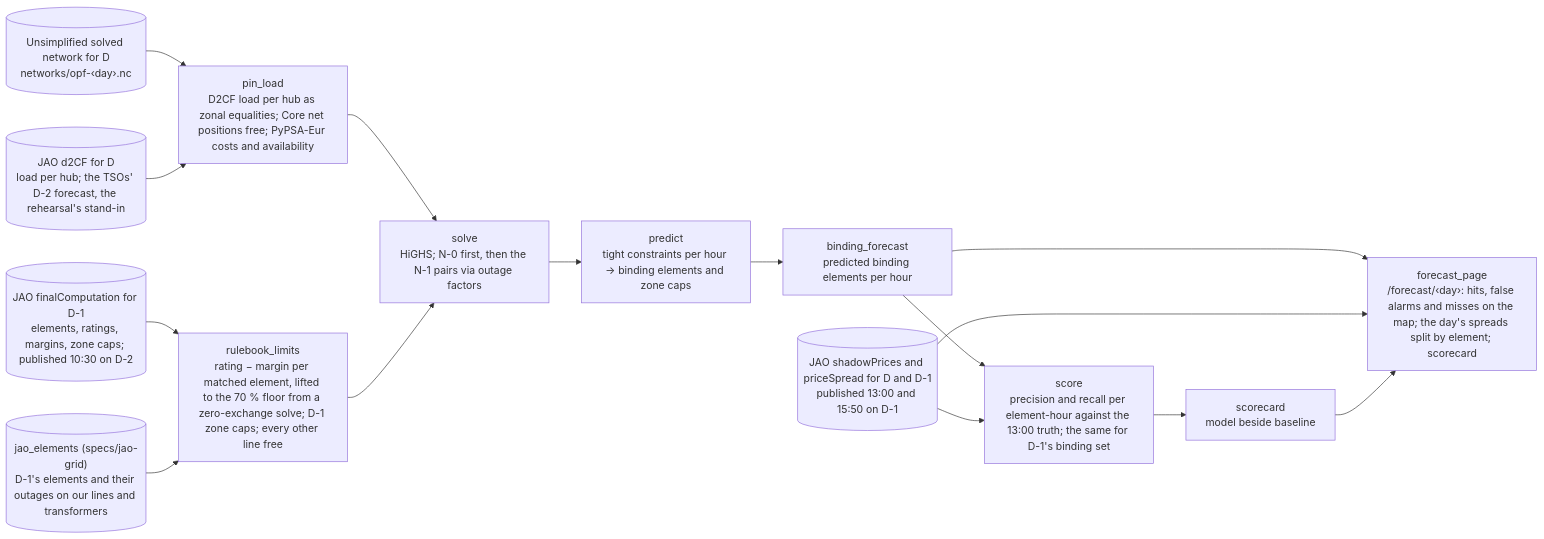
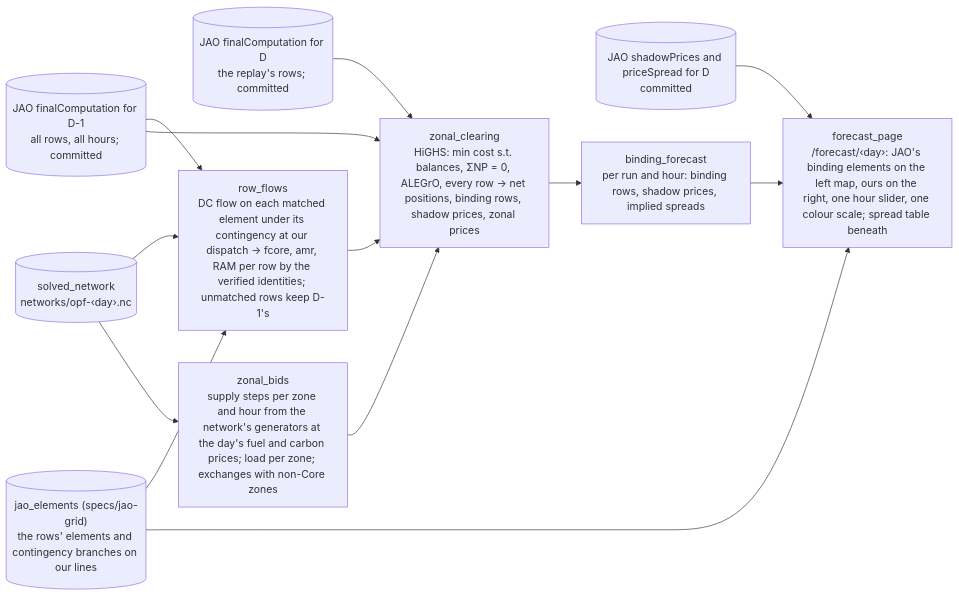
One commit to zoltanmaric/coppersushi changed the diagram in wiki/specs/core-congestion-forecast.md. Above: the diagram before and after it, drawn with Mermaid. The commit also changed other lines of this file and 6 other files, not shown here.

First line of the commit message:
Forecast spec from a clean slate: rebuild the rows, clear a zonal market, look

````diff
--- a/wiki/specs/core-congestion-forecast.md
+++ b/wiki/specs/core-congestion-forecast.md
@@ -23,29 +41,26 @@
 ```mermaid
 flowchart LR
 
-    jao_dom[("JAO finalComputation for D-1<br/>elements, ratings, margins, zone caps; published 10:30 on D-2")]
-    jao_d2cf[("JAO d2CF for D<br/>load per hub; the TSOs' D-2 forecast, the rehearsal's stand-in")]
-    jao_truth[("JAO shadowPrices and priceSpread for D and D-1<br/>published 13:00 and 15:50 on D-1")]
-    elements[("jao_elements (specs/jao-grid)<br/>D-1's elements and their outages on our lines and transformers")]
-    grid[("Unsimplified solved network for D<br/>networks/opf-‹day›.nc")]
+    rows_dm1[("JAO finalComputation for D-1<br/>all rows, all hours; committed")]
+    rows_d[("JAO finalComputation for D<br/>the replay's rows; committed")]
+    truth[("JAO shadowPrices and priceSpread for D<br/>committed")]
+    grid[("solved_network<br/>networks/opf-‹day›.nc")]
+    elements[("jao_elements (specs/jao-grid)<br/>the rows' elements and contingency branches on our lines")]
 
-    rulebook["rulebook_limits<br/>rating − margin per matched element, lifted to the 70 % floor from a zero-exchange solve; D-1 zone caps; every other line free"]
-    pin["pin_load<br/>D2CF load per hub as zonal equalities; Core net positions free; PyPSA-Eur costs and availability"]
-    solve["solve<br/>HiGHS; N-0 first, then the N-1 pairs via outage factors"]
-    predict["predict<br/>tight constraints per hour → binding elements and zone caps"]
-    score["score<br/>precision and recall per element-hour against the 13:00 truth; the same for D-1's binding set"]
+    bids["zonal_bids<br/>supply steps per zone and hour from the network's generators at the day's fuel and carbon prices; load per zone; exchanges with non-Core zones"]
+    flows["row_flows<br/>DC flow on each matched element under its contingency at our dispatch → fcore, amr, RAM per row by the verified identities; unmatched rows keep D-1's"]
+    lp["zonal_clearing<br/>HiGHS: min cost s.t. balances, ΣNP = 0, ALEGrO, every row → net positions, binding rows, shadow prices, zonal prices"]
+    forecast["binding_forecast<br/>per run and hour: binding rows, shadow prices, implied spreads"]
+    page["forecast_page<br/>/forecast/‹day›: JAO's binding elements on the left map, ours on the right, one hour slider, one colour scale; spread table beneath"]
 
-    forecast["binding_forecast<br/>predicted binding elements per hour"]
-    scorecard["scorecard<br/>model beside baseline"]
-    page["forecast_page<br/>/forecast/‹day›: hits, false alarms and misses on the map; the day's spreads split by element; scorecard"]
-
-    jao_dom --> rulebook
-    elements --> rulebook
-    grid --> pin --> solve
-    jao_d2cf --> pin
-    rulebook --> solve --> predict --> forecast --> score --> scorecard
-    jao_truth --> score
-    forecast --> page
-    jao_truth --> page
-    scorecard --> page
+    rows_dm1 --> flows
+    grid --> flows
+    elements --> flows
+    flows --> lp
+    rows_dm1 --> lp
+    rows_d --> lp
+    grid --> bids --> lp
+    lp --> forecast --> page
+    truth --> page
+    elements --> page
 ```
````
